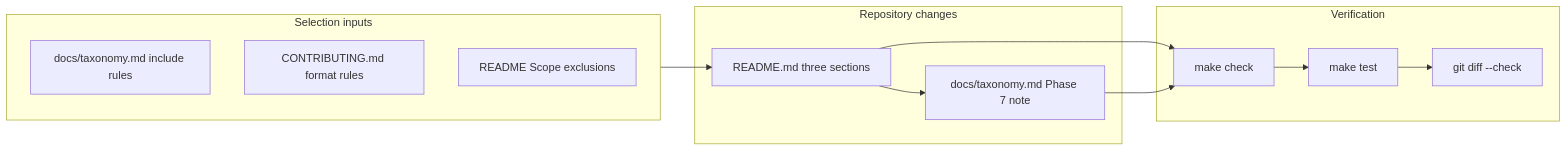
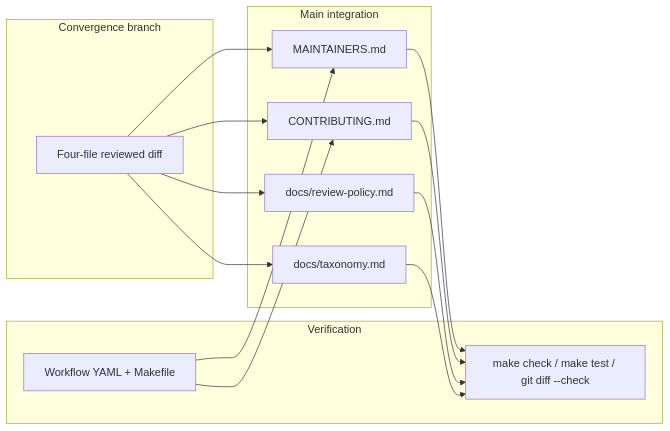
One commit to portpowered/awesome-agent-factories changed the diagram in prd.md. Above: the diagram before and after it, drawn with Mermaid. The commit also changed other lines of this file and 2 other files, not shown here.

Commit message:
chore: local PRD/progress for phase-8-9-maintainer-ops-integration-repair-001

````diff
--- a/prd.md
+++ b/prd.md
@@ -135,23 +126,26 @@
 ```mermaid
 flowchart LR
-  subgraph inputs [Selection inputs]
-    TAX[docs/taxonomy.md include rules]
-    CONTRIB[CONTRIBUTING.md format rules]
-    SCOPE[README Scope exclusions]
+  subgraph source [Convergence branch]
+    C[Four-file reviewed diff]
   end
-  subgraph changes [Repository changes]
-    README[README.md three sections]
-    TAXON[docs/taxonomy.md Phase 7 note]
+  subgraph verify [Verification]
+    W[Workflow YAML + Makefile]
+    Q[make check / make test / git diff --check]
   end
-  subgraph gates [Verification]
-    CHECK[make check]
-    TEST[make test]
-    DIFF[git diff --check]
+  subgraph target [Main integration]
+    M[MAINTAINERS.md]
+    CO[CONTRIBUTING.md]
+    RP[docs/review-policy.md]
+    TX[docs/taxonomy.md]
   end
-  inputs --> README
-  README --> TAXON
-  README --> CHECK
-  TAXON --> CHECK
-  CHECK --> TEST
-  TEST --> DIFF
+  C --> M
+  C --> CO
+  C --> RP
+  C --> TX
+  W --> M
+  W --> CO
+  M --> Q
+  CO --> Q
+  RP --> Q
+  TX --> Q
 ```
````
